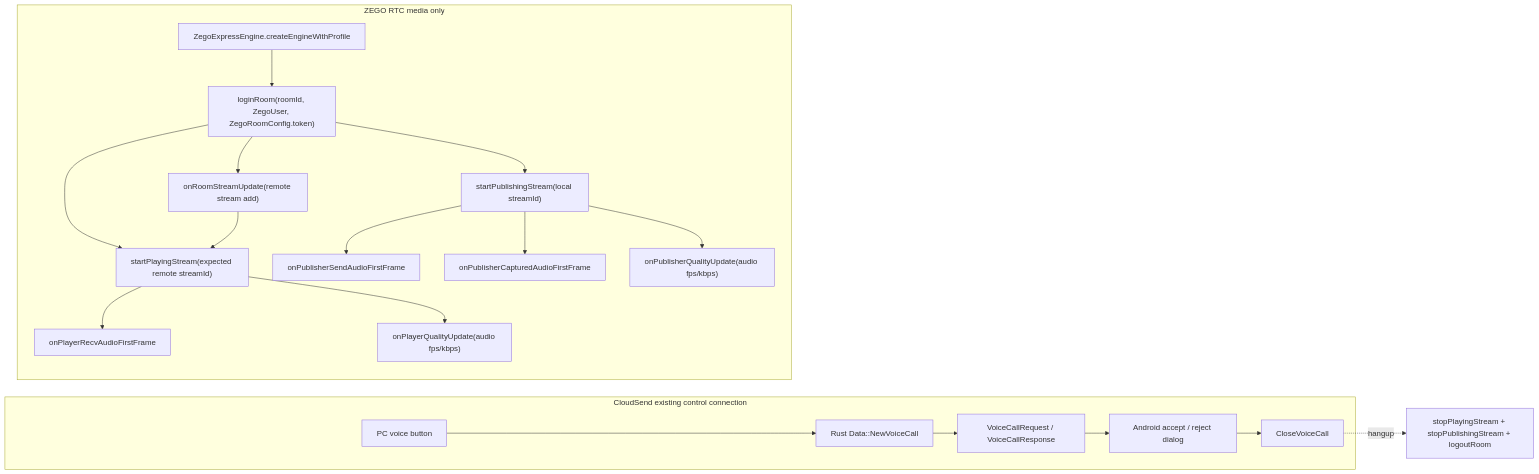
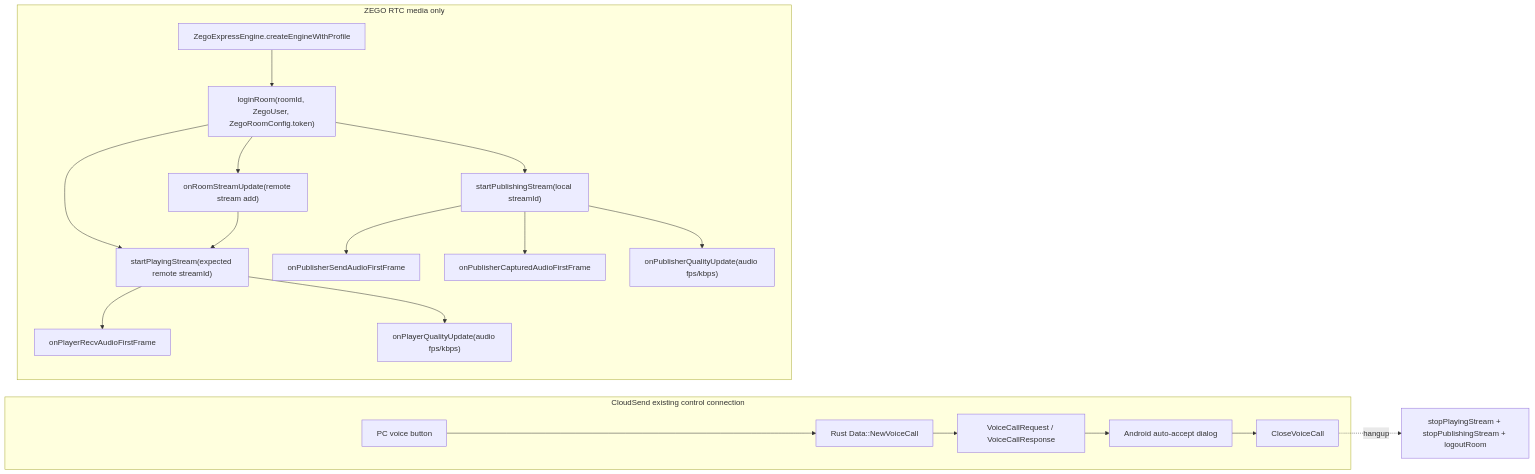
The second of 3 diagrams in docs/ZEGO_VOICE_CALL_ARCHITECTURE.md (Super-Build/Cloudsend), drawn with Mermaid before and after one commit. The commit also changed other lines of this file and 14 other files, not shown here.

````diff
--- a/docs/ZEGO_VOICE_CALL_ARCHITECTURE.md
+++ b/docs/ZEGO_VOICE_CALL_ARCHITECTURE.md
@@ -50,25 +50,25 @@
 ```mermaid
 flowchart LR
     subgraph Control["CloudSend existing control connection"]
         A["PC voice button"] --> B["Rust Data::NewVoiceCall"]
         B --> C["VoiceCallRequest / VoiceCallResponse"]
-        C --> D["Android accept / reject dialog"]
+        C --> D["Android auto-accept dialog"]
         D --> E["CloseVoiceCall"]
     end
 
     subgraph Media["ZEGO RTC media only"]
         F["ZegoExpressEngine.createEngineWithProfile"]
         F --> G["loginRoom(roomId, ZegoUser, ZegoRoomConfig.token)"]
         G --> H["startPublishingStream(local streamId)"]
         G --> I["startPlayingStream(expected remote streamId)"]
         G --> J["onRoomStreamUpdate(remote stream add)"]
         J --> I
         H --> K["onPublisherSendAudioFirstFrame"]
         H --> N["onPublisherCapturedAudioFirstFrame"]
         I --> L["onPlayerRecvAudioFirstFrame"]
         H --> O["onPublisherQualityUpdate(audio fps/kbps)"]
         I --> P["onPlayerQualityUpdate(audio fps/kbps)"]
     end
 
     E -.hangup.-> M["stopPlayingStream + stopPublishingStream + logoutRoom"]
 ```
````
